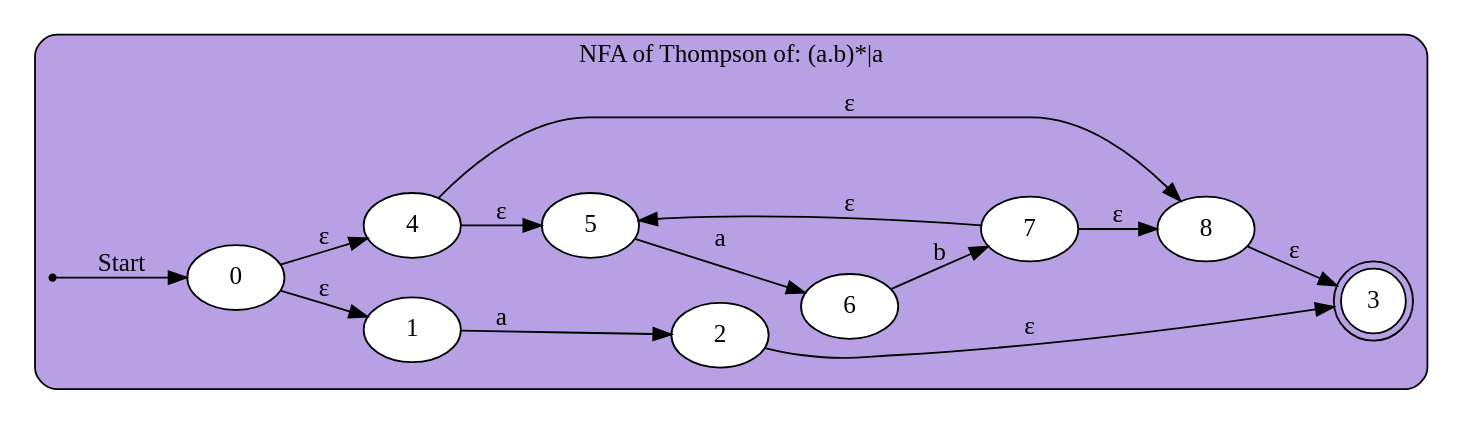
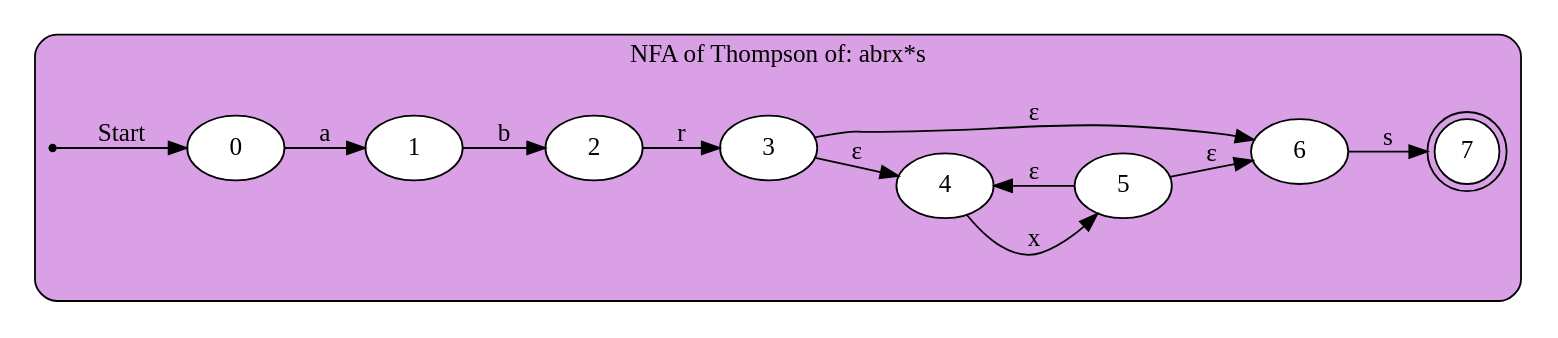
The diagram in Compiladores/NFA.dot (Andresrodart/Practicas), drawn with Graphviz before and after one commit. The commit also changed 5 other files, not shown here.

```diff
--- a/Compiladores/NFA.dot
+++ b/Compiladores/NFA.dot
@@ -1,24 +1,22 @@
 digraph finite_state_machine{
     rankdir=LR;
     subgraph cluster{
         style = "rounded,filled";
         color = "#000000";
-        fillcolor = "0.724 0.3 0.9";
+        fillcolor = "0.805 0.3 0.9";
         node [shape = point ] qi;
-        node [style = "rounded,filled", color = "#000000", fillcolor = white, shape = doublecircle] 3;
+        node [style = "rounded,filled", color = "#000000", fillcolor = white, shape = doublecircle] 7;
         node [style = "rounded,filled", color = "#000000", fillcolor = white, shape="oval"];
         qi -> 0 [ label = "Start" ];
-	0 -> 1 [ label = "&epsilon;" ];
-	0 -> 4 [ label = "&epsilon;" ];
-	1 -> 2 [ label = "a" ];
-	2 -> 3 [ label = "&epsilon;" ];
-	4 -> 5 [ label = "&epsilon;" ];
-	4 -> 8 [ label = "&epsilon;" ];
-	5 -> 6 [ label = "a" ];
-	6 -> 7 [ label = "b" ];
-	7 -> 8 [ label = "&epsilon;" ];
-	7 -> 5 [ label = "&epsilon;" ];
-	8 -> 3 [ label = "&epsilon;" ];
-	label = "NFA of Thompson of: (a.b)*|a";
+	0 -> 1 [ label = "a" ];
+	1 -> 2 [ label = "b" ];
+	2 -> 3 [ label = "r" ];
+	3 -> 4 [ label = "&epsilon;" ];
+	3 -> 6 [ label = "&epsilon;" ];
+	4 -> 5 [ label = "x" ];
+	5 -> 6 [ label = "&epsilon;" ];
+	5 -> 4 [ label = "&epsilon;" ];
+	6 -> 7 [ label = "s" ];
+	label = "NFA of Thompson of: abrx*s";
     }
 }
```
